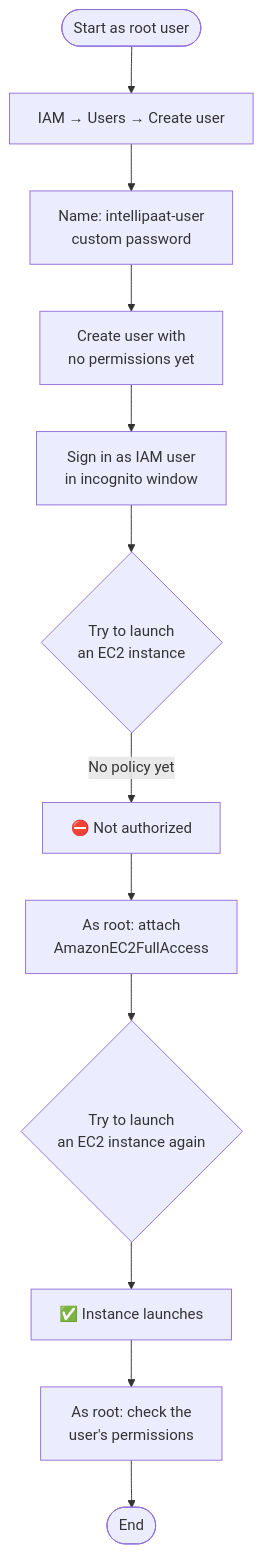
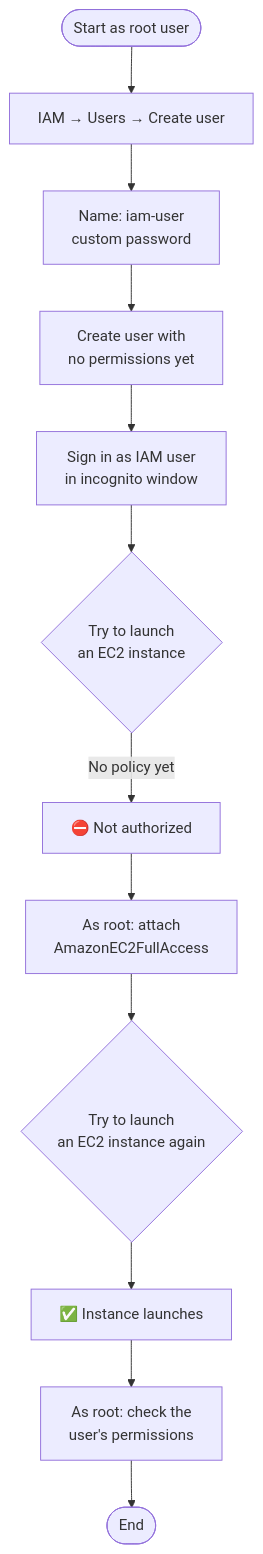
The third of 5 diagrams in 05-iam-user-console-access/README.md (miraclechinwe/aws-cloud-labs), drawn with Mermaid before and after one commit. The commit also changed other lines of this file and 2 other files, not shown here.

First line of the commit message:
Tidy IAM labs and main README

````diff
--- a/05-iam-user-console-access/README.md
+++ b/05-iam-user-console-access/README.md
@@ -75,14 +75,14 @@
 ```mermaid
 flowchart TD
     A([Start as root user]) --> B["IAM → Users → Create user"]
-    B --> C["Name: intellipaat-user<br/>custom password"]
+    B --> C["Name: iam-user<br/>custom password"]
     C --> D["Create user with<br/>no permissions yet"]
     D --> E["Sign in as IAM user<br/>in incognito window"]
     E --> F{"Try to launch<br/>an EC2 instance"}
     F -->|No policy yet| G["⛔ Not authorized"]
     G --> H["As root: attach<br/>AmazonEC2FullAccess"]
     H --> I{"Try to launch<br/>an EC2 instance again"}
     I --> J["✅ Instance launches"]
     J --> K["As root: check the<br/>user's permissions"]
     K --> L([End])
 ```
````
